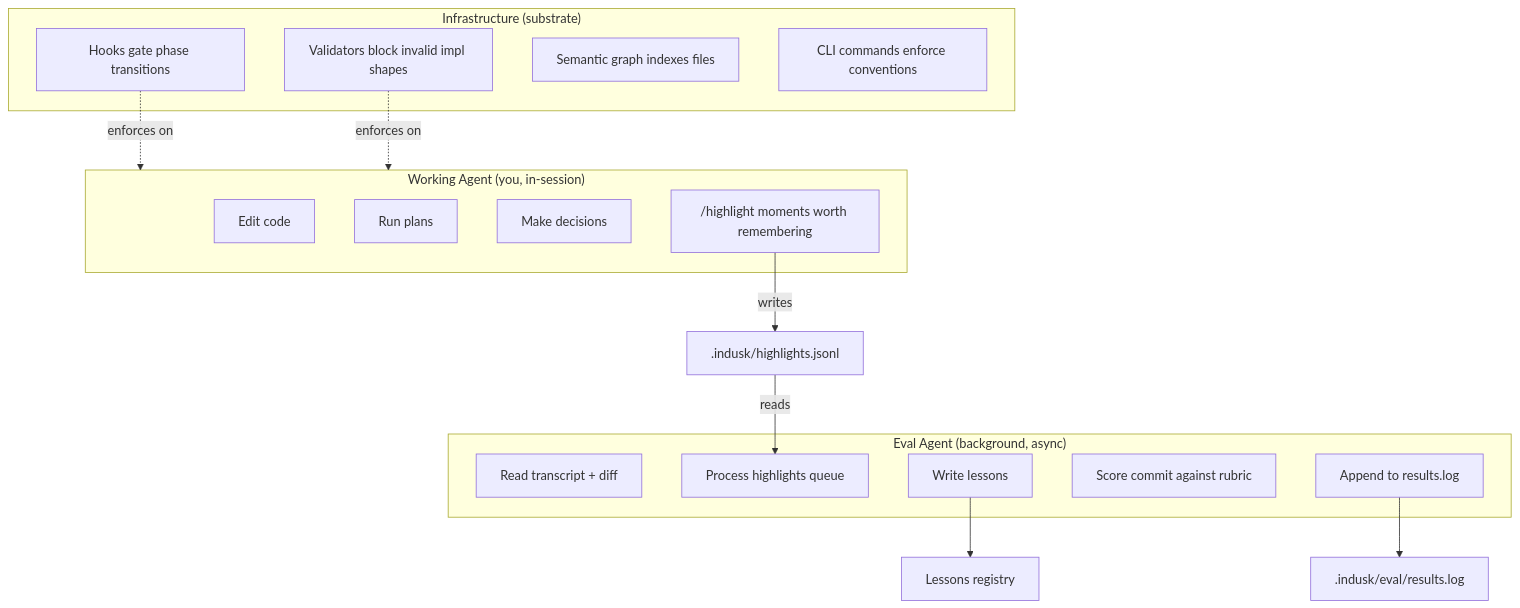
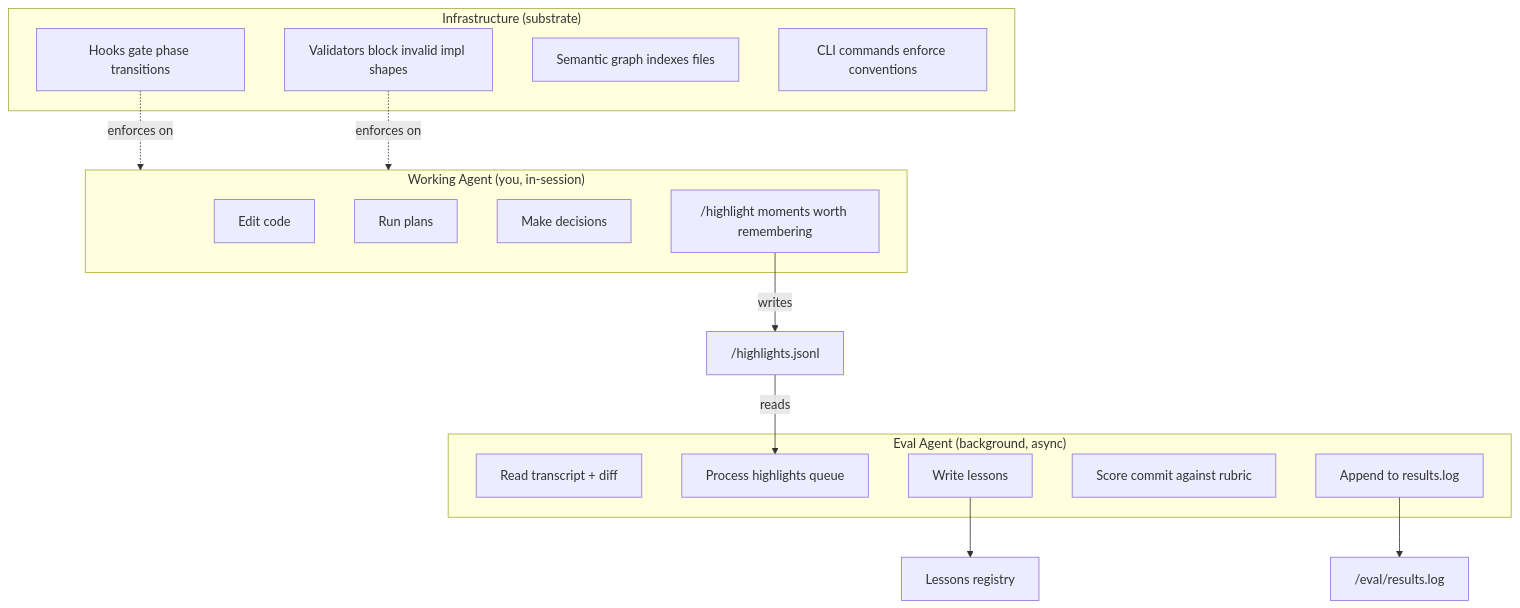
Before and after one commit to infinitedusky/indusk: the first of 2 diagrams in apps/docs/src/guide/agent-roles.md, drawn with Mermaid. The commit also changed other lines of this file and 9 other files, not shown here.

First line of the commit message:
docs: every page that named .indusk/eval/ or the highlights files reads them in the project home

````diff
--- a/apps/docs/src/guide/agent-roles.md
+++ b/apps/docs/src/guide/agent-roles.md
@@ -9,31 +9,31 @@
 ```mermaid
 graph TB
     subgraph WA["Working Agent (you, in-session)"]
         WA1[Edit code]
         WA2[Run plans]
         WA3[Make decisions]
         WA4["/highlight moments worth remembering"]
     end
 
     subgraph EA["Eval Agent (background, async)"]
         EA1[Read transcript + diff]
         EA2[Process highlights queue]
         EA3[Write lessons]
         EA4[Score commit against rubric]
         EA5[Append to results.log]
     end
 
     subgraph INF["Infrastructure (substrate)"]
         INF1[Hooks gate phase transitions]
         INF2[Validators block invalid impl shapes]
         INF3[Semantic graph indexes files]
         INF4[CLI commands enforce conventions]
     end
 
-    WA4 -->|writes| HJ[".indusk/highlights.jsonl"]
+    WA4 -->|writes| HJ["<home>/highlights.jsonl"]
     HJ -->|reads| EA2
     EA3 --> G[Lessons registry]
-    EA5 --> RL[".indusk/eval/results.log"]
+    EA5 --> RL["<home>/eval/results.log"]
     INF1 -.->|enforces on| WA
     INF2 -.->|enforces on| WA
 ```
````
